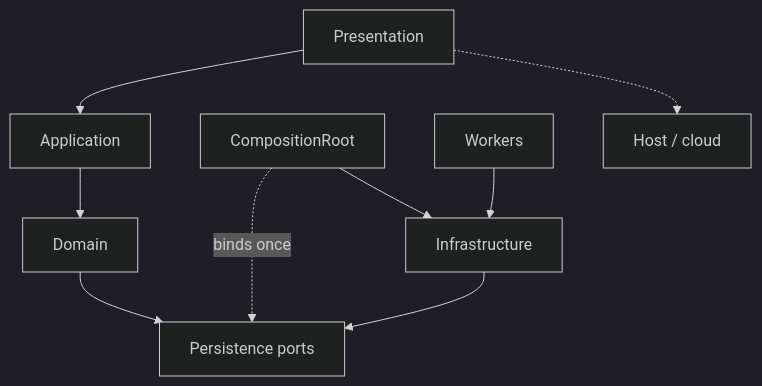
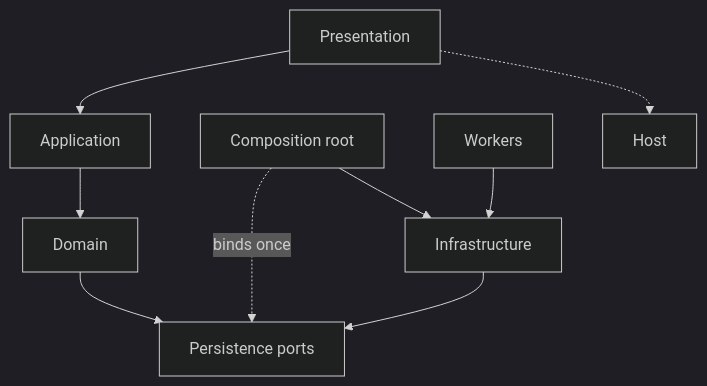
The diagram in README.md (franselstadt/franselstadt), drawn with Mermaid (dark theme) before and after one commit. The commit also changed other lines of this file, not shown here.

First line of the commit message:
Make the architecture language- and framework-agnostic.

````diff
--- a/README.md
+++ b/README.md
@@ -48,11 +50,11 @@
 ```mermaid
 flowchart TB
   UI[Presentation] --> APP[Application]
   APP --> DOM[Domain]
   DOM --> PORTS[Persistence ports]
   INF[Infrastructure] --> PORTS
-  CR[CompositionRoot] -.->|binds once| PORTS
+  CR[Composition root] -.->|binds once| PORTS
   CR --> INF
   WRK[Workers] --> INF
-  UI -.-> HOST[Host / cloud]
+  UI -.-> HOST[Host]
 ```
````
